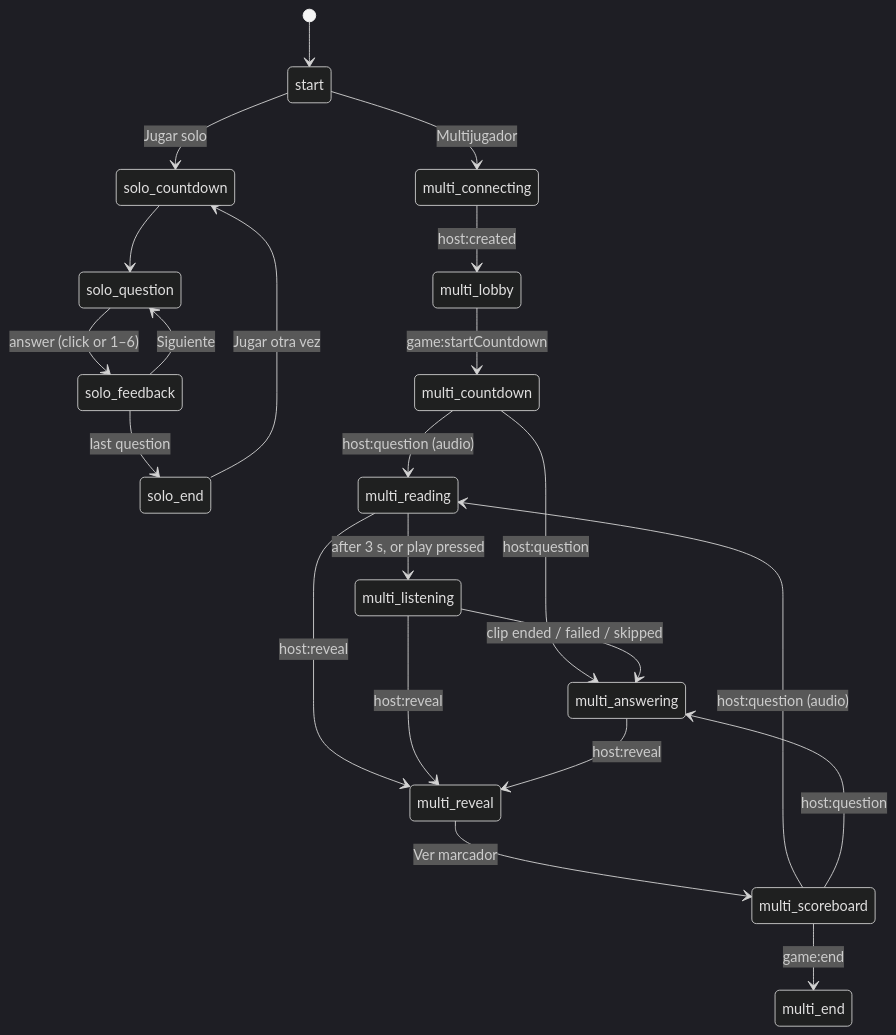
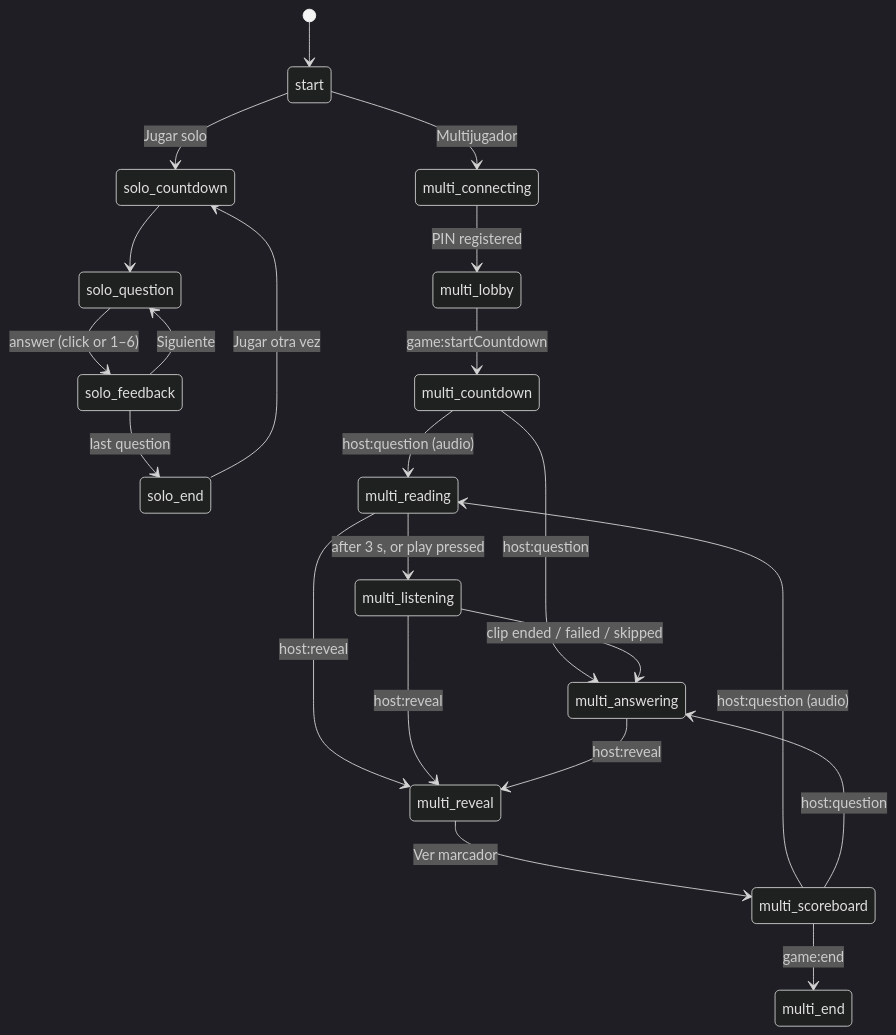
One commit to davidpastorvicente/recuerdoot changed the second of 4 diagrams in docs/state-machines.md. Above: the diagram before and after it, drawn with Mermaid (dark theme). The commit also changed other lines of this file and 37 other files, not shown here.

````diff
--- a/docs/state-machines.md
+++ b/docs/state-machines.md
@@ -65,25 +66,25 @@
 ```mermaid
 stateDiagram-v2
   [*] --> start
   start --> solo_countdown: Jugar solo
   solo_countdown --> solo_question
   solo_question --> solo_feedback: answer (click or 1–6)
   solo_feedback --> solo_question: Siguiente
   solo_feedback --> solo_end: last question
   solo_end --> solo_countdown: Jugar otra vez
 
   start --> multi_connecting: Multijugador
-  multi_connecting --> multi_lobby: host:created
+  multi_connecting --> multi_lobby: PIN registered
   multi_lobby --> multi_countdown: game:startCountdown
   multi_countdown --> multi_reading: host:question (audio)
   multi_countdown --> multi_answering: host:question
   multi_reading --> multi_listening: after 3 s, or play pressed
   multi_listening --> multi_answering: clip ended / failed / skipped
   multi_reading --> multi_reveal: host:reveal
   multi_listening --> multi_reveal: host:reveal
   multi_answering --> multi_reveal: host:reveal
   multi_reveal --> multi_scoreboard: Ver marcador
   multi_scoreboard --> multi_reading: host:question (audio)
   multi_scoreboard --> multi_answering: host:question
   multi_scoreboard --> multi_end: game:end
 ```
````
